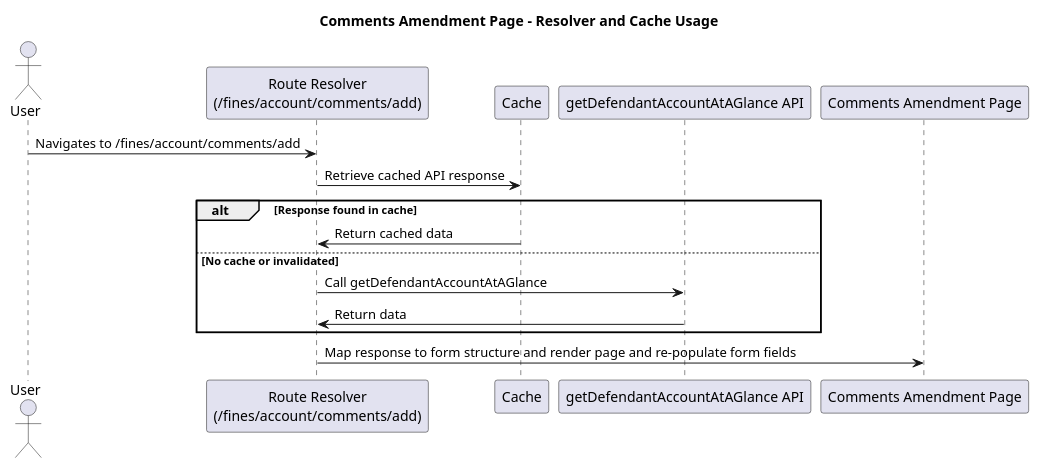
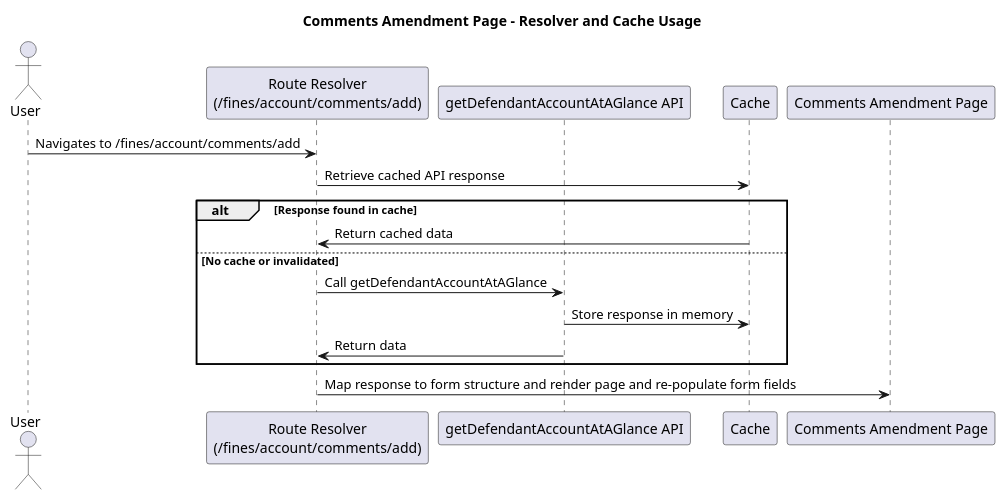
One commit to hmcts/opal-docs changed the diagram in plantUML/fae-view-defendant-account-summary/fae-add-comments-ui.puml. Above: the diagram before and after it, drawn with PlantUML. The commit also changed 3 other files, not shown here.

Commit message:
Add PlantUML diagrams for payment terms and comments amendment flows

```diff
--- a/plantUML/fae-view-defendant-account-summary/fae-add-comments-ui.puml
+++ b/plantUML/fae-view-defendant-account-summary/fae-add-comments-ui.puml
@@ -1,21 +1,22 @@
 @startuml
 title Comments Amendment Page - Resolver and Cache Usage
 
 actor User
 participant "Route Resolver\n(/fines/account/comments/add)" as Resolver
+participant "getDefendantAccountAtAGlance API" as API
 participant "Cache"
-participant "getDefendantAccountAtAGlance API" as API
 participant "Comments Amendment Page" as Page
 
 User -> Resolver : Navigates to /fines/account/comments/add
 Resolver -> Cache : Retrieve cached API response
 
 alt Response found in cache
     Cache -> Resolver : Return cached data
 else No cache or invalidated
     Resolver -> API : Call getDefendantAccountAtAGlance
+    API -> Cache : Store response in memory
     API -> Resolver : Return data
 end
 
 Resolver -> Page : Map response to form structure and render page and re-populate form fields
 @enduml
```
